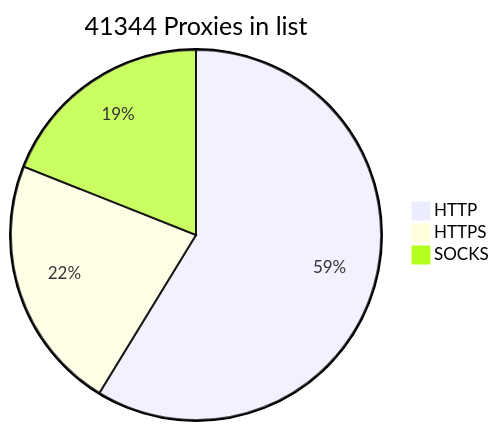
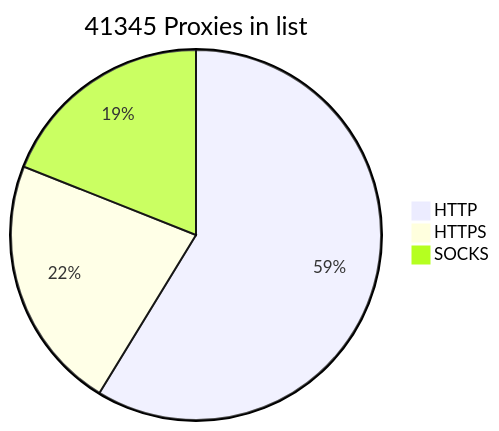
One commit to BlackSnowDot/proxylist-update-every-minute changed the diagram in README.md. Above: the diagram before and after it, drawn with Mermaid.

````diff
--- a/README.md
+++ b/README.md
@@ -2,6 +2,6 @@
 ```mermaid
-pie title 41344 Proxies in list
+pie title 41345 Proxies in list
     "HTTP" : 28491
-    "HTTPS": 10809
+    "HTTPS": 10810
     "SOCKS" : 9209
 ```
````
